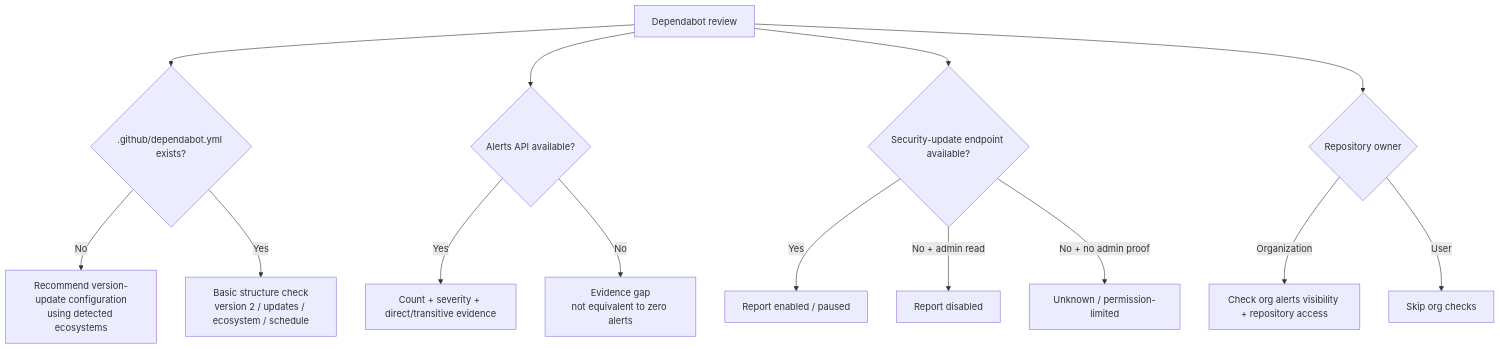
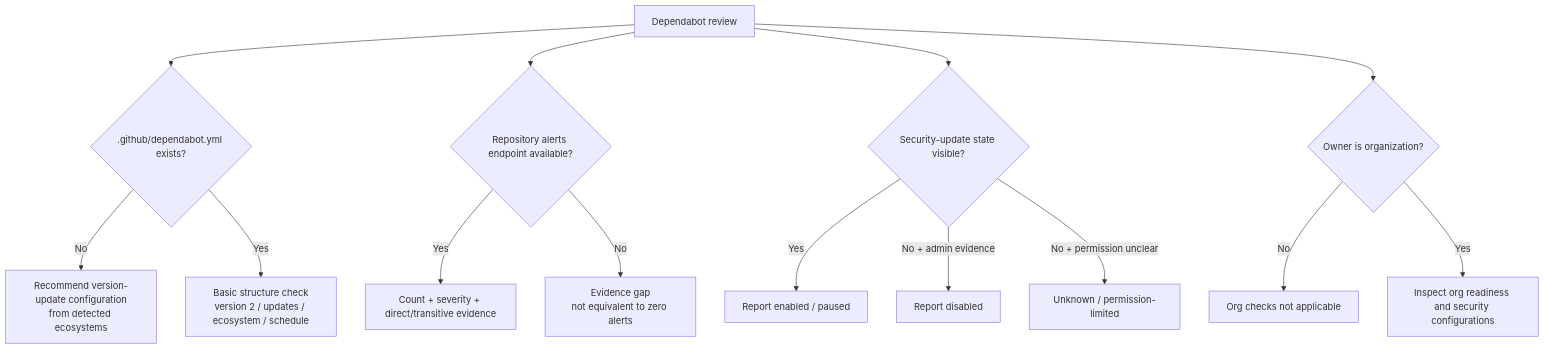
Before and after one commit to franciscofunes/copilot-security-pack: the second of 4 diagrams in docs/DEPENDABOT_INTELLIGENCE.md, drawn with Mermaid. The commit also changed other lines of this file, not shown here.

Commit message:
docs: document organization Dependabot configuration evidence

````diff
--- a/docs/DEPENDABOT_INTELLIGENCE.md
+++ b/docs/DEPENDABOT_INTELLIGENCE.md
@@ -49,19 +53,19 @@
 ```mermaid
 flowchart TD
     start["Dependabot review"] --> config{".github/dependabot.yml exists?"}
-    config -->|No| recommend["Recommend version-update configuration\nusing detected ecosystems"]
+    config -->|No| recommend["Recommend version-update configuration\nfrom detected ecosystems"]
     config -->|Yes| basic["Basic structure check\nversion 2 / updates / ecosystem / schedule"]
 
-    start --> alertQuery{"Alerts API available?"}
-    alertQuery -->|Yes| alerts["Count + severity + direct/transitive evidence"]
-    alertQuery -->|No| alertGap["Evidence gap\nnot equivalent to zero alerts"]
+    start --> alerts{"Repository alerts endpoint available?"}
+    alerts -->|Yes| findings["Count + severity + direct/transitive evidence"]
+    alerts -->|No| alertGap["Evidence gap\nnot equivalent to zero alerts"]
 
-    start --> updateQuery{"Security-update endpoint available?"}
-    updateQuery -->|Yes| enabled["Report enabled / paused"]
-    updateQuery -->|No + admin read| disabled["Report disabled"]
-    updateQuery -->|No + no admin proof| unknown["Unknown / permission-limited"]
+    start --> updates{"Security-update state visible?"}
+    updates -->|Yes| state["Report enabled / paused"]
+    updates -->|No + admin evidence| disabled["Report disabled"]
+    updates -->|No + permission unclear| unknown["Unknown / permission-limited"]
 
-    start --> owner{"Repository owner"}
-    owner -->|Organization| org["Check org alerts visibility + repository access"]
-    owner -->|User| personal["Skip org checks"]
+    start --> owner{"Owner is organization?"}
+    owner -->|No| personal["Org checks not applicable"]
+    owner -->|Yes| org["Inspect org readiness and security configurations"]
 ```
````
